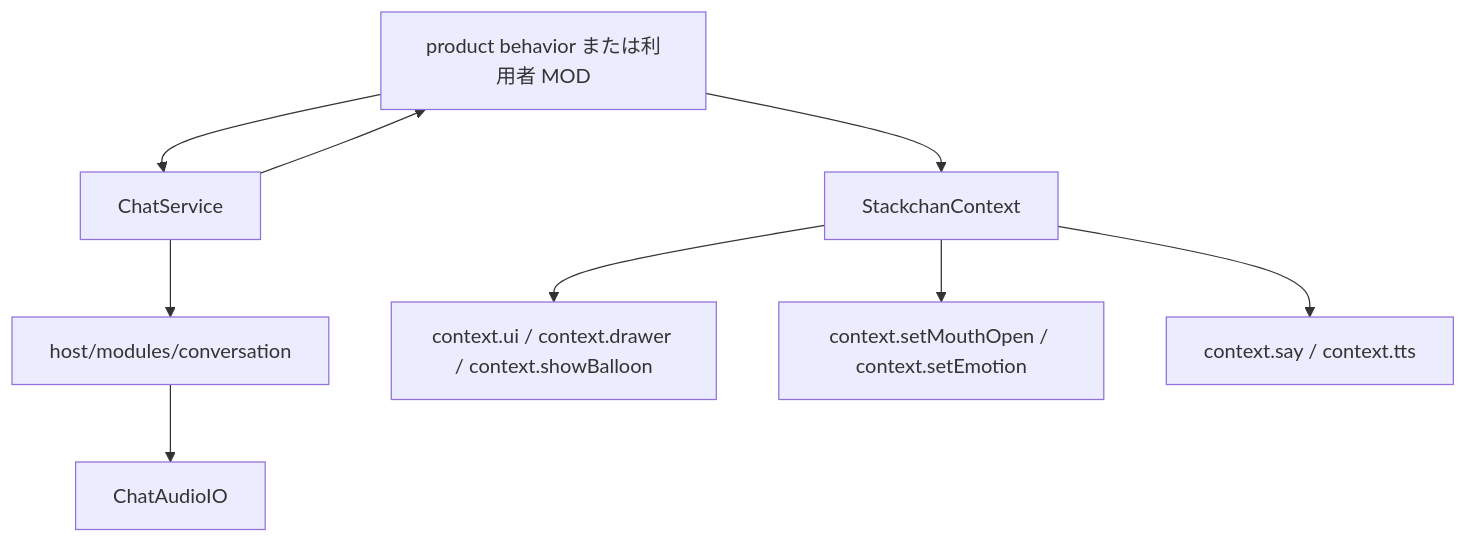
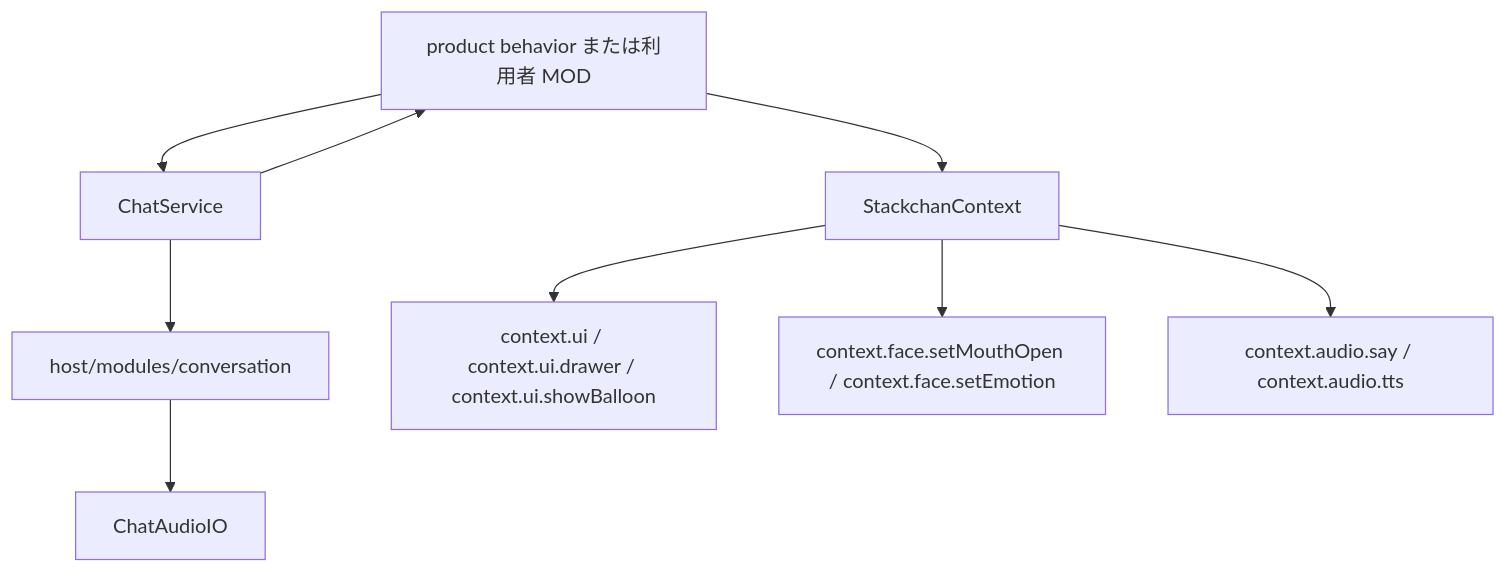
Before and after one commit to stack-chan/stack-chan: the first of 2 diagrams in firmware/docs/chat-audioio-integration.md, drawn with Mermaid. The commit also changed other lines of this file and 7 other files, not shown here.

````diff
--- a/firmware/docs/chat-audioio-integration.md
+++ b/firmware/docs/chat-audioio-integration.md
@@ -12,20 +12,20 @@
 ```mermaid
 flowchart TD
   Behavior["product behavior または利用者 MOD"]
   Context["StackchanContext"]
   Conversation["host/modules/conversation"]
   ChatService["ChatService"]
   ChatAudioIO["ChatAudioIO"]
-  UI["context.ui / context.drawer / context.showBalloon"]
-  Face["context.setMouthOpen / context.setEmotion"]
-  Audio["context.say / context.tts"]
+  UI["context.ui / context.ui.drawer / context.ui.showBalloon"]
+  Face["context.face.setMouthOpen / context.face.setEmotion"]
+  Audio["context.audio.say / context.audio.tts"]
 
   Behavior --> Context
   Behavior --> ChatService
   ChatService --> Conversation
   Conversation --> ChatAudioIO
   ChatService --> Behavior
   Context --> UI
   Context --> Face
   Context --> Audio
 ```
````
